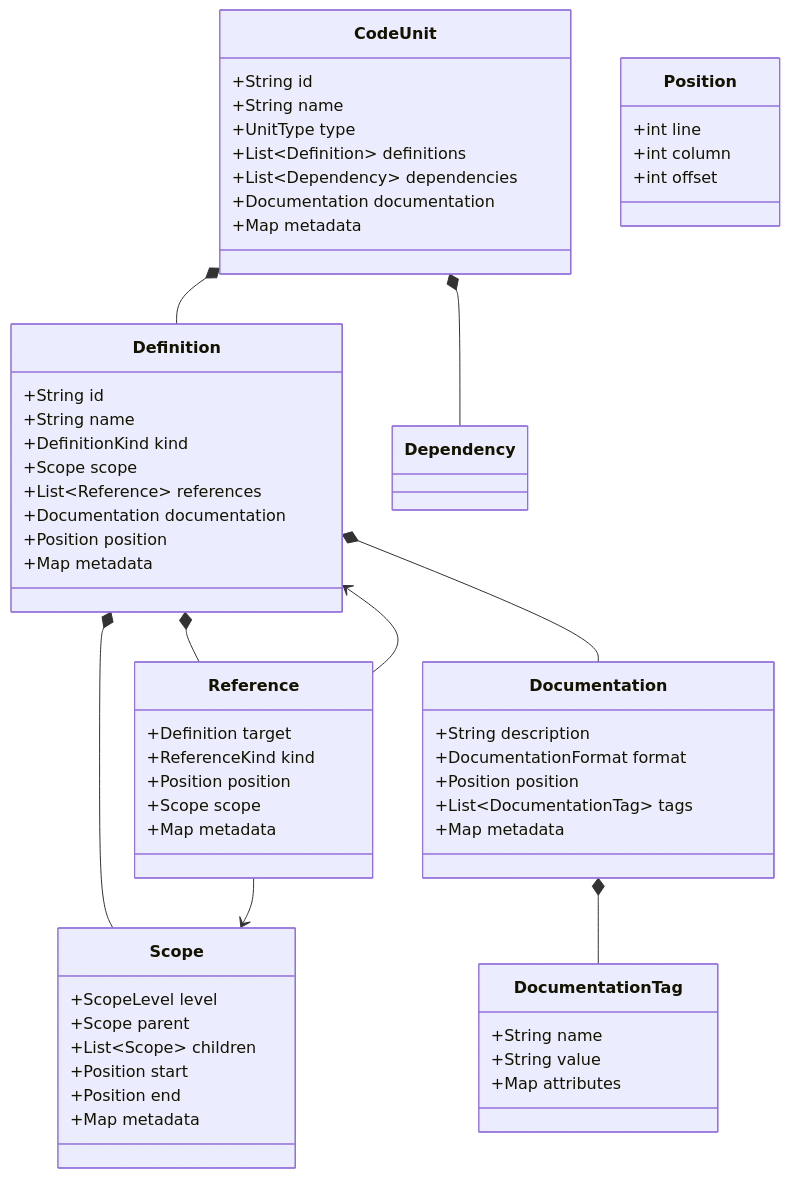
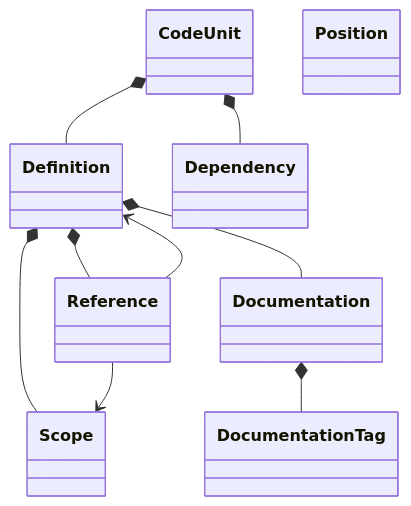
One commit to davidvc/code-mcp changed the diagram in docs/language-model.md. Above: the diagram before and after it, drawn with Mermaid.

Commit message:
docs: Simplify language model documentation
- Remove implementation details from class diagram
- Focus on relationships and conceptual model
- Keep enum values as they define the model's scope

````diff
--- a/docs/language-model.md
+++ b/docs/language-model.md
@@ -7,69 +7,19 @@
 ```mermaid
 classDiagram
     CodeUnit *-- Definition
     CodeUnit *-- Dependency
     Definition *-- Reference
     Definition *-- Documentation
     Definition *-- Scope
     Documentation *-- DocumentationTag
     Reference --> Definition
     Reference --> Scope
 
-    class CodeUnit {
-        +String id
-        +String name
-        +UnitType type
-        +List~Definition~ definitions
-        +List~Dependency~ dependencies
-        +Documentation documentation
-        +Map metadata
-    }
-
-    class Definition {
-        +String id
-        +String name
-        +DefinitionKind kind
-        +Scope scope
-        +List~Reference~ references
-        +Documentation documentation
-        +Position position
-        +Map metadata
-    }
-
-    class Reference {
-        +Definition target
-        +ReferenceKind kind
-        +Position position
-        +Scope scope
-        +Map metadata
-    }
-
-    class Documentation {
-        +String description
-        +DocumentationFormat format
-        +Position position
-        +List~DocumentationTag~ tags
-        +Map metadata
-    }
-
-    class Scope {
-        +ScopeLevel level
-        +Scope parent
-        +List~Scope~ children
-        +Position start
-        +Position end
-        +Map metadata
-    }
-
-    class DocumentationTag {
-        +String name
-        +String value
-        +Map attributes
-    }
-
-    class Position {
-        +int line
-        +int column
-        +int offset
-    }
+    class CodeUnit
+    class Definition
+    class Reference
+    class Documentation
+    class Scope
+    class DocumentationTag
+    class Position
 ```
````
